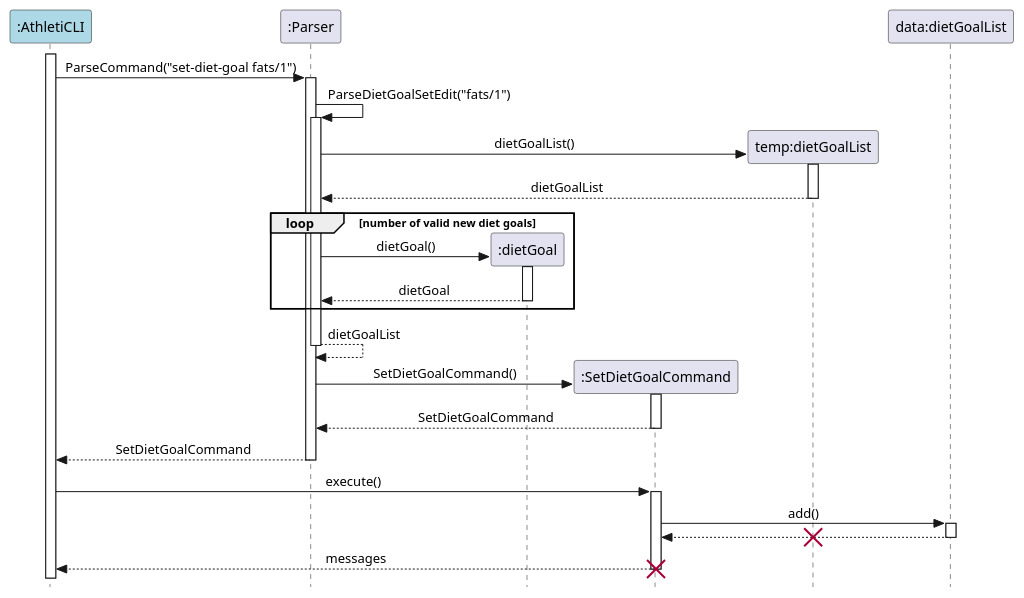
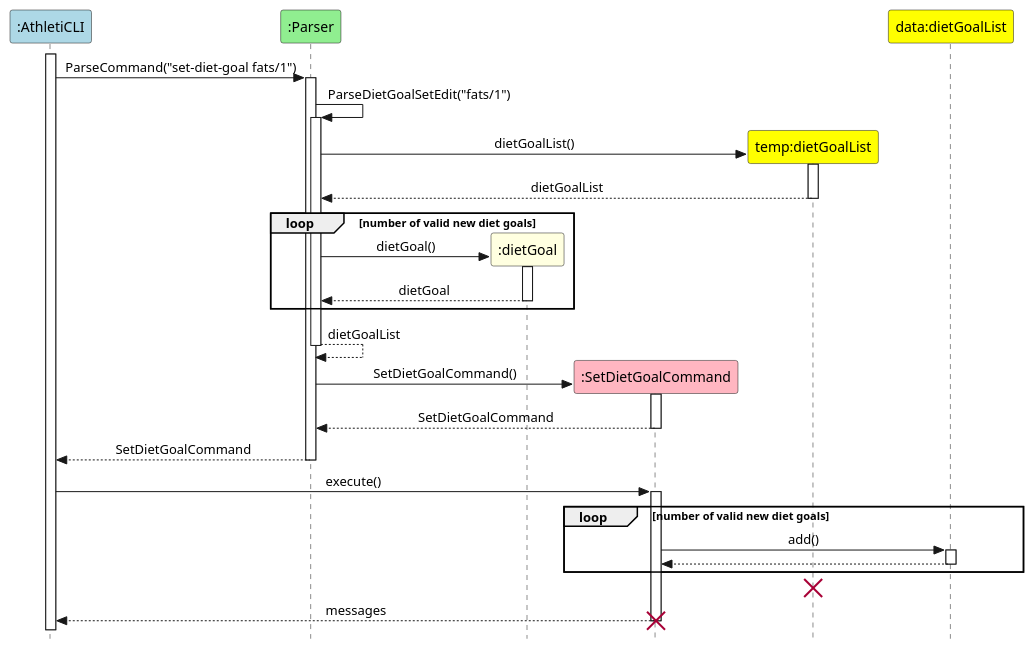
The diagram in docs/puml/DietGoals.puml (AY2324S1-CS2113-T17-1/tp), drawn with PlantUML before and after one commit. The commit also changed 1 other file, not shown here.

Commit message:
Add colours to diet goal sequence diagram and minor edits

```diff
--- a/docs/puml/DietGoals.puml
+++ b/docs/puml/DietGoals.puml
@@ -1,39 +1,43 @@
 @startuml
 'https://plantuml.com/sequence-diagram
 skinparam Style strictuml
 skinparam SequenceMessageAlignment center
 participant ":AthletiCLI" as AthletiCLI #lightblue
-participant ":Parser" as Parser
-participant ":dietGoal" as dietGoal
-participant ":SetDietGoalCommand" as SetDietGoalCommand
-participant "temp:dietGoalList" as tempDietGoalList
-participant "data:dietGoalList" as dataDietGoalList
+participant ":Parser" as Parser #lightgreen
+participant ":dietGoal" as dietGoal #lightyellow
+participant ":SetDietGoalCommand" as SetDietGoalCommand #lightpink
+participant "temp:dietGoalList" as tempDietGoalList #yellow
+participant "data:dietGoalList" as dataDietGoalList #yellow
 
 'autonumber
 AthletiCLI++
 AthletiCLI -> Parser++ : ParseCommand("set-diet-goal fats/1")
 Parser -> Parser++ : ParseDietGoalSetEdit("fats/1")
 create tempDietGoalList
 Parser -> tempDietGoalList++ : dietGoalList()
 tempDietGoalList --> Parser-- : dietGoalList
 
     loop number of valid new diet goals
     create dietGoal
     Parser -> dietGoal++ : dietGoal()
     dietGoal --> Parser-- : dietGoal
     end
 
 Parser --> Parser-- : dietGoalList
 create SetDietGoalCommand
 Parser -> SetDietGoalCommand++ : SetDietGoalCommand()
 SetDietGoalCommand --> Parser-- : SetDietGoalCommand
 Parser --> AthletiCLI-- : SetDietGoalCommand
 AthletiCLI -> SetDietGoalCommand++ : execute()
-SetDietGoalCommand -> dataDietGoalList++ : add()
-dataDietGoalList --> SetDietGoalCommand--
+
+    loop number of valid new diet goals
+    SetDietGoalCommand -> dataDietGoalList++ : add()
+    dataDietGoalList --> SetDietGoalCommand--
+    end
+
 destroy tempDietGoalList
 SetDietGoalCommand --> AthletiCLI-- : messages
 
 destroy SetDietGoalCommand
 
 @enduml
```
